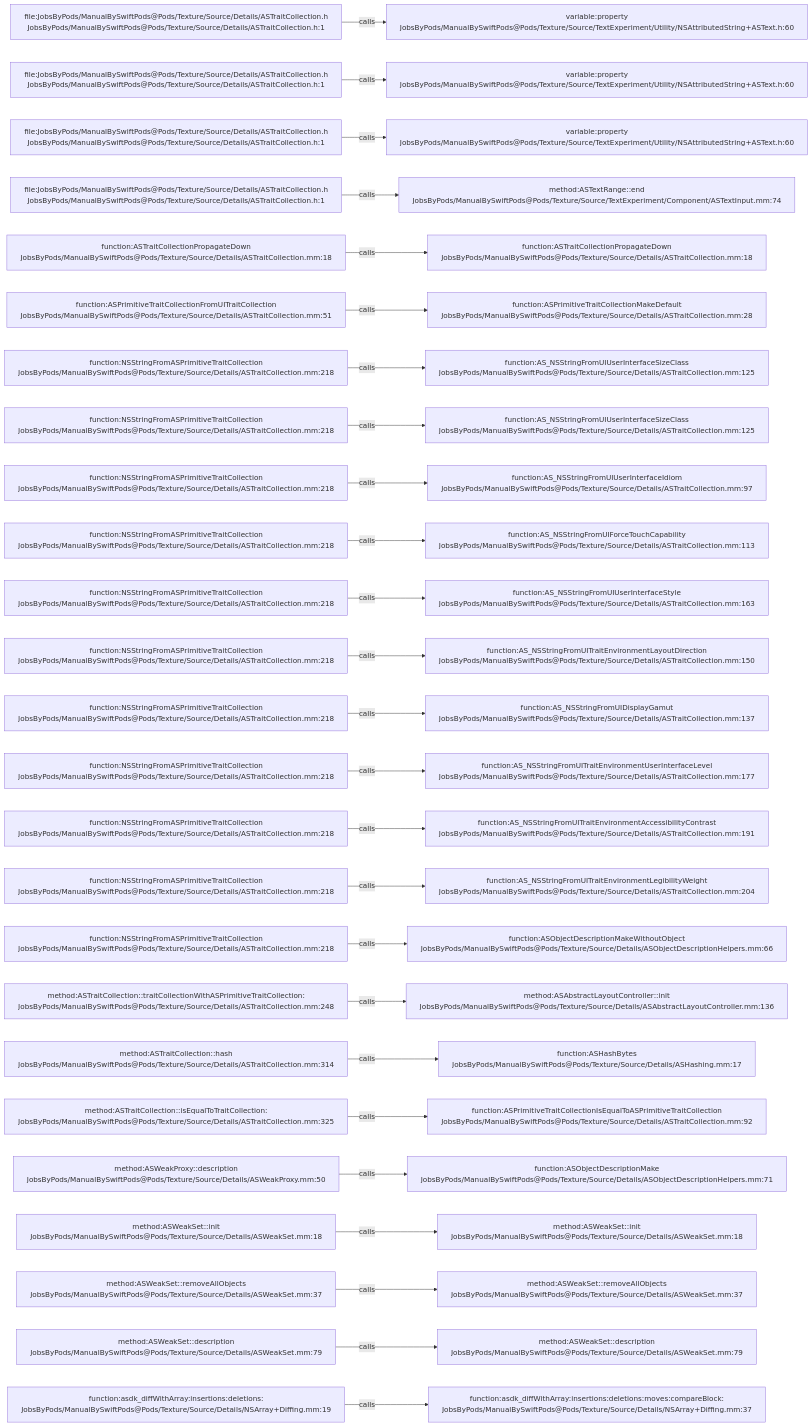
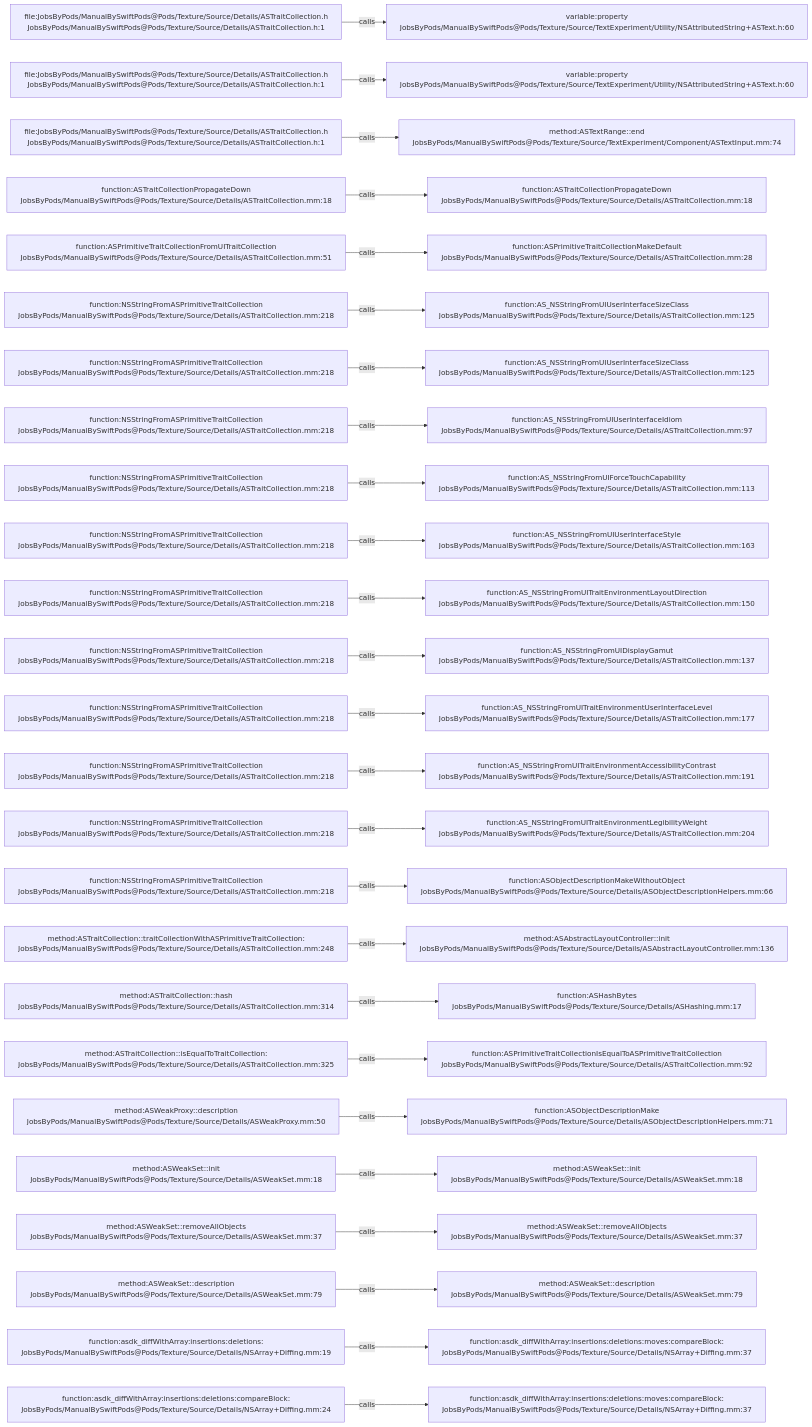
Before and after one commit to JobsKits/JobsSwiftBaseConfigDemo: the diagram in .codegraph/codegraph.md/graphs/calls-097.md, drawn with Mermaid. The commit also changed 747 other files, not shown here.

````diff
--- a/.codegraph/codegraph.md/graphs/calls-097.md
+++ b/.codegraph/codegraph.md/graphs/calls-097.md
@@ -13,78 +13,78 @@
 ```mermaid
 flowchart LR
   S1["file:JobsByPods/ManualBySwiftPods@Pods/Texture/Source/Details/ASTraitCollection.h<br/>JobsByPods/ManualBySwiftPods@Pods/Texture/Source/Details/ASTraitCollection.h:1"]
   T1["variable:property<br/>JobsByPods/ManualBySwiftPods@Pods/Texture/Source/TextExperiment/Utility/NSAttributedString+ASText.h:60"]
   S1 -->|calls| T1
   S2["file:JobsByPods/ManualBySwiftPods@Pods/Texture/Source/Details/ASTraitCollection.h<br/>JobsByPods/ManualBySwiftPods@Pods/Texture/Source/Details/ASTraitCollection.h:1"]
   T2["variable:property<br/>JobsByPods/ManualBySwiftPods@Pods/Texture/Source/TextExperiment/Utility/NSAttributedString+ASText.h:60"]
   S2 -->|calls| T2
   S3["file:JobsByPods/ManualBySwiftPods@Pods/Texture/Source/Details/ASTraitCollection.h<br/>JobsByPods/ManualBySwiftPods@Pods/Texture/Source/Details/ASTraitCollection.h:1"]
-  T3["variable:property<br/>JobsByPods/ManualBySwiftPods@Pods/Texture/Source/TextExperiment/Utility/NSAttributedString+ASText.h:60"]
+  T3["method:ASTextRange::end<br/>JobsByPods/ManualBySwiftPods@Pods/Texture/Source/TextExperiment/Component/ASTextInput.mm:74"]
   S3 -->|calls| T3
-  S4["file:JobsByPods/ManualBySwiftPods@Pods/Texture/Source/Details/ASTraitCollection.h<br/>JobsByPods/ManualBySwiftPods@Pods/Texture/Source/Details/ASTraitCollection.h:1"]
-  T4["method:ASTextRange::end<br/>JobsByPods/ManualBySwiftPods@Pods/Texture/Source/TextExperiment/Component/ASTextInput.mm:74"]
+  S4["function:ASTraitCollectionPropagateDown<br/>JobsByPods/ManualBySwiftPods@Pods/Texture/Source/Details/ASTraitCollection.mm:18"]
+  T4["function:ASTraitCollectionPropagateDown<br/>JobsByPods/ManualBySwiftPods@Pods/Texture/Source/Details/ASTraitCollection.mm:18"]
   S4 -->|calls| T4
-  S5["function:ASTraitCollectionPropagateDown<br/>JobsByPods/ManualBySwiftPods@Pods/Texture/Source/Details/ASTraitCollection.mm:18"]
-  T5["function:ASTraitCollectionPropagateDown<br/>JobsByPods/ManualBySwiftPods@Pods/Texture/Source/Details/ASTraitCollection.mm:18"]
+  S5["function:ASPrimitiveTraitCollectionFromUITraitCollection<br/>JobsByPods/ManualBySwiftPods@Pods/Texture/Source/Details/ASTraitCollection.mm:51"]
+  T5["function:ASPrimitiveTraitCollectionMakeDefault<br/>JobsByPods/ManualBySwiftPods@Pods/Texture/Source/Details/ASTraitCollection.mm:28"]
   S5 -->|calls| T5
-  S6["function:ASPrimitiveTraitCollectionFromUITraitCollection<br/>JobsByPods/ManualBySwiftPods@Pods/Texture/Source/Details/ASTraitCollection.mm:51"]
-  T6["function:ASPrimitiveTraitCollectionMakeDefault<br/>JobsByPods/ManualBySwiftPods@Pods/Texture/Source/Details/ASTraitCollection.mm:28"]
+  S6["function:NSStringFromASPrimitiveTraitCollection<br/>JobsByPods/ManualBySwiftPods@Pods/Texture/Source/Details/ASTraitCollection.mm:218"]
+  T6["function:AS_NSStringFromUIUserInterfaceSizeClass<br/>JobsByPods/ManualBySwiftPods@Pods/Texture/Source/Details/ASTraitCollection.mm:125"]
   S6 -->|calls| T6
   S7["function:NSStringFromASPrimitiveTraitCollection<br/>JobsByPods/ManualBySwiftPods@Pods/Texture/Source/Details/ASTraitCollection.mm:218"]
   T7["function:AS_NSStringFromUIUserInterfaceSizeClass<br/>JobsByPods/ManualBySwiftPods@Pods/Texture/Source/Details/ASTraitCollection.mm:125"]
   S7 -->|calls| T7
   S8["function:NSStringFromASPrimitiveTraitCollection<br/>JobsByPods/ManualBySwiftPods@Pods/Texture/Source/Details/ASTraitCollection.mm:218"]
-  T8["function:AS_NSStringFromUIUserInterfaceSizeClass<br/>JobsByPods/ManualBySwiftPods@Pods/Texture/Source/Details/ASTraitCollection.mm:125"]
+  T8["function:AS_NSStringFromUIUserInterfaceIdiom<br/>JobsByPods/ManualBySwiftPods@Pods/Texture/Source/Details/ASTraitCollection.mm:97"]
   S8 -->|calls| T8
   S9["function:NSStringFromASPrimitiveTraitCollection<br/>JobsByPods/ManualBySwiftPods@Pods/Texture/Source/Details/ASTraitCollection.mm:218"]
-  T9["function:AS_NSStringFromUIUserInterfaceIdiom<br/>JobsByPods/ManualBySwiftPods@Pods/Texture/Source/Details/ASTraitCollection.mm:97"]
+  T9["function:AS_NSStringFromUIForceTouchCapability<br/>JobsByPods/ManualBySwiftPods@Pods/Texture/Source/Details/ASTraitCollection.mm:113"]
   S9 -->|calls| T9
   S10["function:NSStringFromASPrimitiveTraitCollection<br/>JobsByPods/ManualBySwiftPods@Pods/Texture/Source/Details/ASTraitCollection.mm:218"]
-  T10["function:AS_NSStringFromUIForceTouchCapability<br/>JobsByPods/ManualBySwiftPods@Pods/Texture/Source/Details/ASTraitCollection.mm:113"]
+  T10["function:AS_NSStringFromUIUserInterfaceStyle<br/>JobsByPods/ManualBySwiftPods@Pods/Texture/Source/Details/ASTraitCollection.mm:163"]
   S10 -->|calls| T10
   S11["function:NSStringFromASPrimitiveTraitCollection<br/>JobsByPods/ManualBySwiftPods@Pods/Texture/Source/Details/ASTraitCollection.mm:218"]
-  T11["function:AS_NSStringFromUIUserInterfaceStyle<br/>JobsByPods/ManualBySwiftPods@Pods/Texture/Source/Details/ASTraitCollection.mm:163"]
+  T11["function:AS_NSStringFromUITraitEnvironmentLayoutDirection<br/>JobsByPods/ManualBySwiftPods@Pods/Texture/Source/Details/ASTraitCollection.mm:150"]
   S11 -->|calls| T11
   S12["function:NSStringFromASPrimitiveTraitCollection<br/>JobsByPods/ManualBySwiftPods@Pods/Texture/Source/Details/ASTraitCollection.mm:218"]
-  T12["function:AS_NSStringFromUITraitEnvironmentLayoutDirection<br/>JobsByPods/ManualBySwiftPods@Pods/Texture/Source/Details/ASTraitCollection.mm:150"]
+  T12["function:AS_NSStringFromUIDisplayGamut<br/>JobsByPods/ManualBySwiftPods@Pods/Texture/Source/Details/ASTraitCollection.mm:137"]
   S12 -->|calls| T12
   S13["function:NSStringFromASPrimitiveTraitCollection<br/>JobsByPods/ManualBySwiftPods@Pods/Texture/Source/Details/ASTraitCollection.mm:218"]
-  T13["function:AS_NSStringFromUIDisplayGamut<br/>JobsByPods/ManualBySwiftPods@Pods/Texture/Source/Details/ASTraitCollection.mm:137"]
+  T13["function:AS_NSStringFromUITraitEnvironmentUserInterfaceLevel<br/>JobsByPods/ManualBySwiftPods@Pods/Texture/Source/Details/ASTraitCollection.mm:177"]
   S13 -->|calls| T13
   S14["function:NSStringFromASPrimitiveTraitCollection<br/>JobsByPods/ManualBySwiftPods@Pods/Texture/Source/Details/ASTraitCollection.mm:218"]
-  T14["function:AS_NSStringFromUITraitEnvironmentUserInterfaceLevel<br/>JobsByPods/ManualBySwiftPods@Pods/Texture/Source/Details/ASTraitCollection.mm:177"]
+  T14["function:AS_NSStringFromUITraitEnvironmentAccessibilityContrast<br/>JobsByPods/ManualBySwiftPods@Pods/Texture/Source/Details/ASTraitCollection.mm:191"]
   S14 -->|calls| T14
   S15["function:NSStringFromASPrimitiveTraitCollection<br/>JobsByPods/ManualBySwiftPods@Pods/Texture/Source/Details/ASTraitCollection.mm:218"]
-  T15["function:AS_NSStringFromUITraitEnvironmentAccessibilityContrast<br/>JobsByPods/ManualBySwiftPods@Pods/Texture/Source/Details/ASTraitCollection.mm:191"]
+  T15["function:AS_NSStringFromUITraitEnvironmentLegibilityWeight<br/>JobsByPods/ManualBySwiftPods@Pods/Texture/Source/Details/ASTraitCollection.mm:204"]
   S15 -->|calls| T15
   S16["function:NSStringFromASPrimitiveTraitCollection<br/>JobsByPods/ManualBySwiftPods@Pods/Texture/Source/Details/ASTraitCollection.mm:218"]
-  T16["function:AS_NSStringFromUITraitEnvironmentLegibilityWeight<br/>JobsByPods/ManualBySwiftPods@Pods/Texture/Source/Details/ASTraitCollection.mm:204"]
+  T16["function:ASObjectDescriptionMakeWithoutObject<br/>JobsByPods/ManualBySwiftPods@Pods/Texture/Source/Details/ASObjectDescriptionHelpers.mm:66"]
   S16 -->|calls| T16
-  S17["function:NSStringFromASPrimitiveTraitCollection<br/>JobsByPods/ManualBySwiftPods@Pods/Texture/Source/Details/ASTraitCollection.mm:218"]
-  T17["function:ASObjectDescriptionMakeWithoutObject<br/>JobsByPods/ManualBySwiftPods@Pods/Texture/Source/Details/ASObjectDescriptionHelpers.mm:66"]
+  S17["method:ASTraitCollection::traitCollectionWithASPrimitiveTraitCollection:<br/>JobsByPods/ManualBySwiftPods@Pods/Texture/Source/Details/ASTraitCollection.mm:248"]
+  T17["method:ASAbstractLayoutController::init<br/>JobsByPods/ManualBySwiftPods@Pods/Texture/Source/Details/ASAbstractLayoutController.mm:136"]
   S17 -->|calls| T17
-  S18["method:ASTraitCollection::traitCollectionWithASPrimitiveTraitCollection:<br/>JobsByPods/ManualBySwiftPods@Pods/Texture/Source/Details/ASTraitCollection.mm:248"]
-  T18["method:ASAbstractLayoutController::init<br/>JobsByPods/ManualBySwiftPods@Pods/Texture/Source/Details/ASAbstractLayoutController.mm:136"]
+  S18["method:ASTraitCollection::hash<br/>JobsByPods/ManualBySwiftPods@Pods/Texture/Source/Details/ASTraitCollection.mm:314"]
+  T18["function:ASHashBytes<br/>JobsByPods/ManualBySwiftPods@Pods/Texture/Source/Details/ASHashing.mm:17"]
   S18 -->|calls| T18
-  S19["method:ASTraitCollection::hash<br/>JobsByPods/ManualBySwiftPods@Pods/Texture/Source/Details/ASTraitCollection.mm:314"]
-  T19["function:ASHashBytes<br/>JobsByPods/ManualBySwiftPods@Pods/Texture/Source/Details/ASHashing.mm:17"]
+  S19["method:ASTraitCollection::isEqualToTraitCollection:<br/>JobsByPods/ManualBySwiftPods@Pods/Texture/Source/Details/ASTraitCollection.mm:325"]
+  T19["function:ASPrimitiveTraitCollectionIsEqualToASPrimitiveTraitCollection<br/>JobsByPods/ManualBySwiftPods@Pods/Texture/Source/Details/ASTraitCollection.mm:92"]
   S19 -->|calls| T19
-  S20["method:ASTraitCollection::isEqualToTraitCollection:<br/>JobsByPods/ManualBySwiftPods@Pods/Texture/Source/Details/ASTraitCollection.mm:325"]
-  T20["function:ASPrimitiveTraitCollectionIsEqualToASPrimitiveTraitCollection<br/>JobsByPods/ManualBySwiftPods@Pods/Texture/Source/Details/ASTraitCollection.mm:92"]
+  S20["method:ASWeakProxy::description<br/>JobsByPods/ManualBySwiftPods@Pods/Texture/Source/Details/ASWeakProxy.mm:50"]
+  T20["function:ASObjectDescriptionMake<br/>JobsByPods/ManualBySwiftPods@Pods/Texture/Source/Details/ASObjectDescriptionHelpers.mm:71"]
   S20 -->|calls| T20
-  S21["method:ASWeakProxy::description<br/>JobsByPods/ManualBySwiftPods@Pods/Texture/Source/Details/ASWeakProxy.mm:50"]
-  T21["function:ASObjectDescriptionMake<br/>JobsByPods/ManualBySwiftPods@Pods/Texture/Source/Details/ASObjectDescriptionHelpers.mm:71"]
+  S21["method:ASWeakSet::init<br/>JobsByPods/ManualBySwiftPods@Pods/Texture/Source/Details/ASWeakSet.mm:18"]
+  T21["method:ASWeakSet::init<br/>JobsByPods/ManualBySwiftPods@Pods/Texture/Source/Details/ASWeakSet.mm:18"]
   S21 -->|calls| T21
-  S22["method:ASWeakSet::init<br/>JobsByPods/ManualBySwiftPods@Pods/Texture/Source/Details/ASWeakSet.mm:18"]
-  T22["method:ASWeakSet::init<br/>JobsByPods/ManualBySwiftPods@Pods/Texture/Source/Details/ASWeakSet.mm:18"]
+  S22["method:ASWeakSet::removeAllObjects<br/>JobsByPods/ManualBySwiftPods@Pods/Texture/Source/Details/ASWeakSet.mm:37"]
+  T22["method:ASWeakSet::removeAllObjects<br/>JobsByPods/ManualBySwiftPods@Pods/Texture/Source/Details/ASWeakSet.mm:37"]
   S22 -->|calls| T22
-  S23["method:ASWeakSet::removeAllObjects<br/>JobsByPods/ManualBySwiftPods@Pods/Texture/Source/Details/ASWeakSet.mm:37"]
-  T23["method:ASWeakSet::removeAllObjects<br/>JobsByPods/ManualBySwiftPods@Pods/Texture/Source/Details/ASWeakSet.mm:37"]
+  S23["method:ASWeakSet::description<br/>JobsByPods/ManualBySwiftPods@Pods/Texture/Source/Details/ASWeakSet.mm:79"]
+  T23["method:ASWeakSet::description<br/>JobsByPods/ManualBySwiftPods@Pods/Texture/Source/Details/ASWeakSet.mm:79"]
   S23 -->|calls| T23
-  S24["method:ASWeakSet::description<br/>JobsByPods/ManualBySwiftPods@Pods/Texture/Source/Details/ASWeakSet.mm:79"]
-  T24["method:ASWeakSet::description<br/>JobsByPods/ManualBySwiftPods@Pods/Texture/Source/Details/ASWeakSet.mm:79"]
+  S24["function:asdk_diffWithArray:insertions:deletions:<br/>JobsByPods/ManualBySwiftPods@Pods/Texture/Source/Details/NSArray+Diffing.mm:19"]
+  T24["function:asdk_diffWithArray:insertions:deletions:moves:compareBlock:<br/>JobsByPods/ManualBySwiftPods@Pods/Texture/Source/Details/NSArray+Diffing.mm:37"]
   S24 -->|calls| T24
-  S25["function:asdk_diffWithArray:insertions:deletions:<br/>JobsByPods/ManualBySwiftPods@Pods/Texture/Source/Details/NSArray+Diffing.mm:19"]
+  S25["function:asdk_diffWithArray:insertions:deletions:compareBlock:<br/>JobsByPods/ManualBySwiftPods@Pods/Texture/Source/Details/NSArray+Diffing.mm:24"]
   T25["function:asdk_diffWithArray:insertions:deletions:moves:compareBlock:<br/>JobsByPods/ManualBySwiftPods@Pods/Texture/Source/Details/NSArray+Diffing.mm:37"]
   S25 -->|calls| T25
 ```
````
